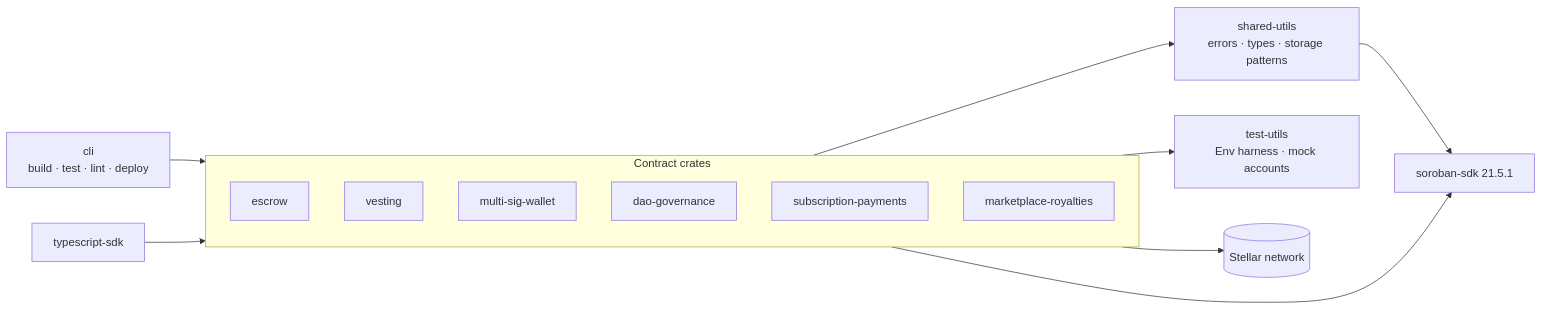
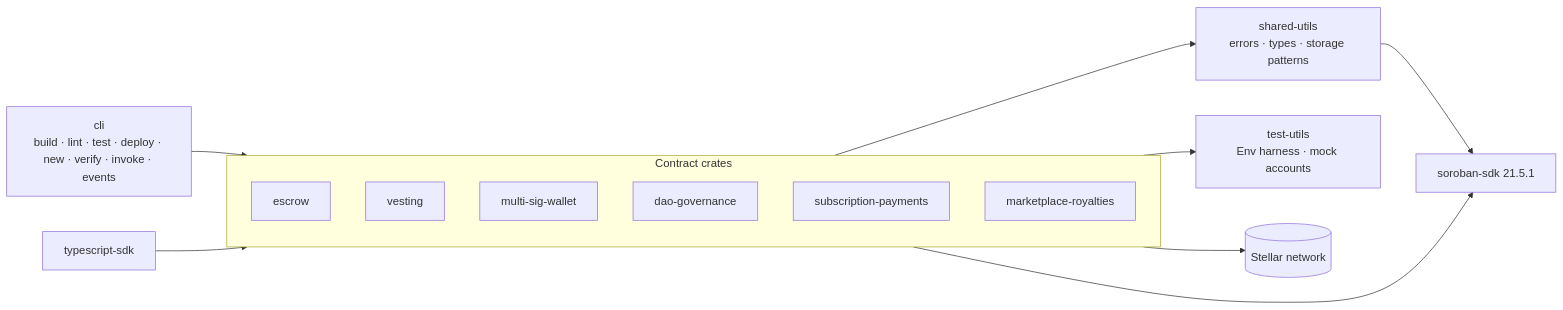
Before and after one commit to Meet-hybrid/soroban-forge: the first of 2 diagrams in README.md, drawn with Mermaid. The commit also changed other lines of this file, not shown here.

Commit message:
docs: list all CLI subcommands in README

````diff
--- a/README.md
+++ b/README.md
@@ -108,26 +108,26 @@
 ```mermaid
 flowchart LR
     subgraph Contracts["Contract crates"]
         escrow[escrow]
         vesting[vesting]
         multisig[multi-sig-wallet]
         dao[dao-governance]
         subs[subscription-payments]
         royalties[marketplace-royalties]
     end
 
     shared[shared-utils<br/>errors · types · storage patterns]
     testutils[test-utils<br/>Env harness · mock accounts]
     sdk[soroban-sdk 21.5.1]
-    cli[cli<br/>build · test · lint · deploy]
+    cli[cli<br/>build · lint · test · deploy · new · verify · invoke · events]
     ts[typescript-sdk]
     net[(Stellar network)]
 
     Contracts --> shared
     Contracts --> testutils
     shared --> sdk
     Contracts --> sdk
     cli --> Contracts
     ts --> Contracts
     Contracts --> net
 ```
````
